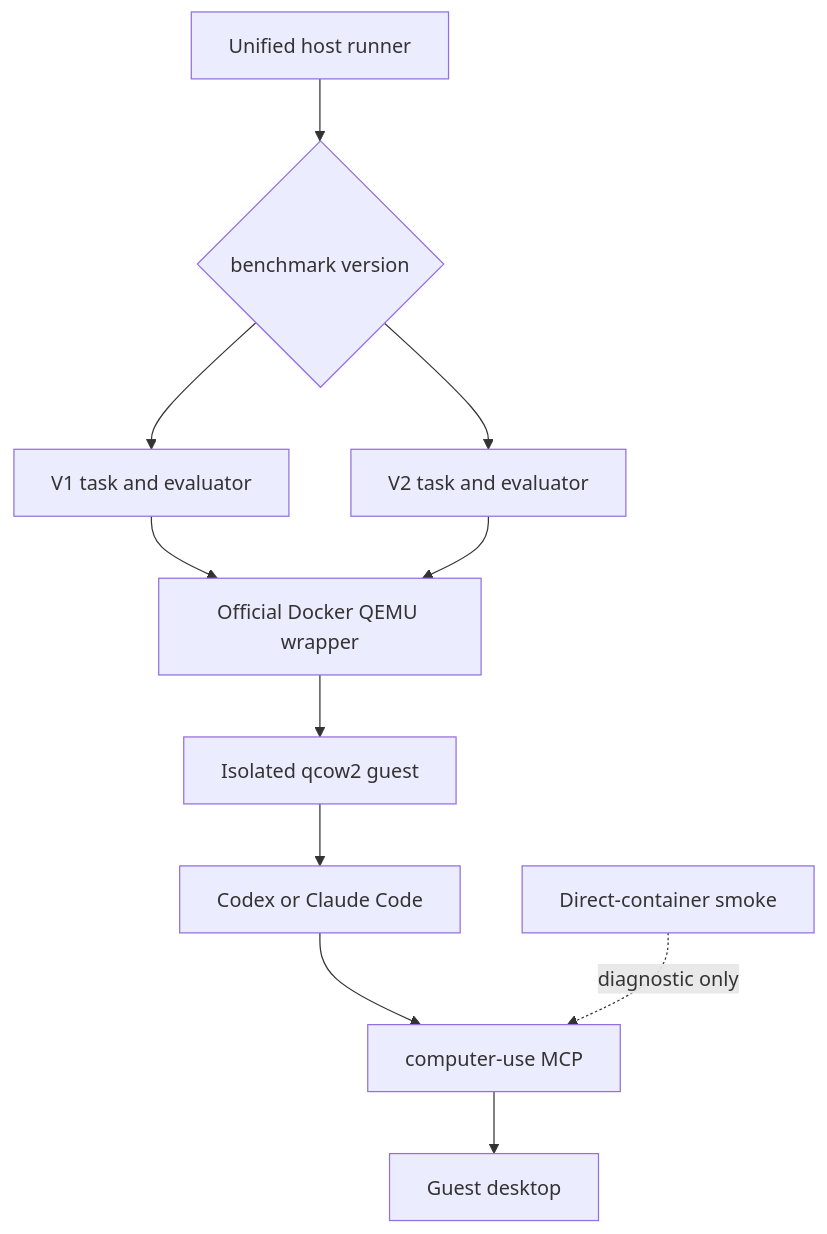
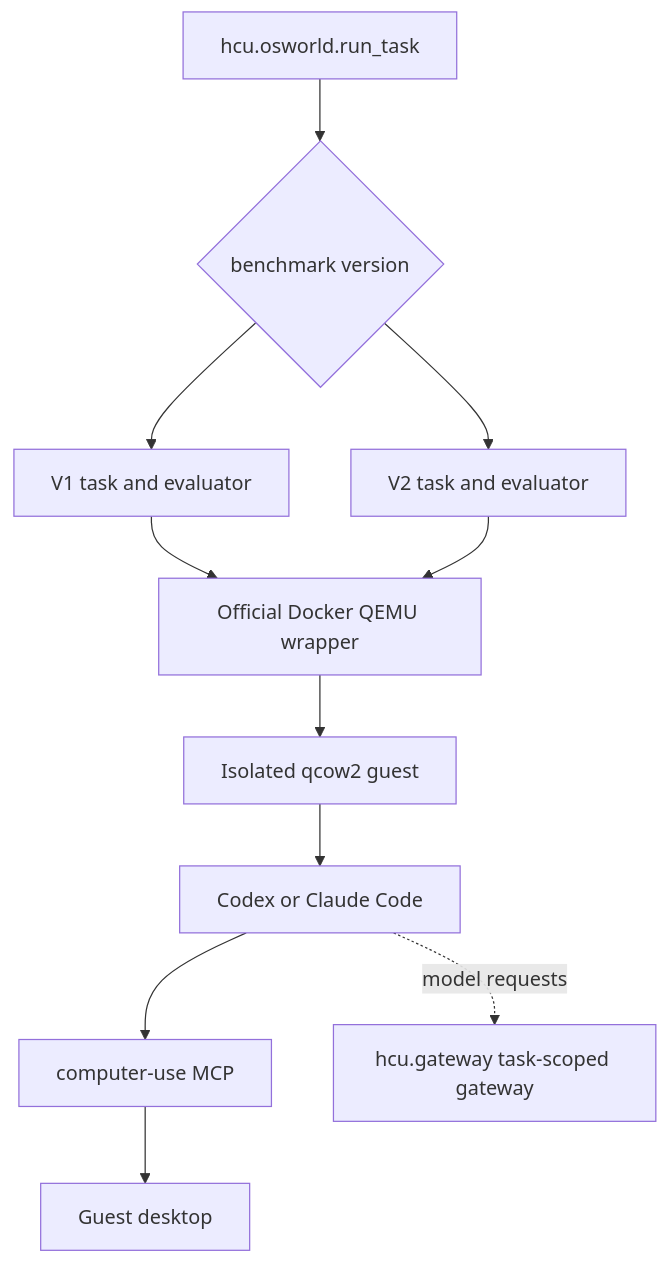
Before and after one commit to hqhq1025/hybrid-computer-use-oss: the first of 2 diagrams in docs/ARCHITECTURE.md, drawn with Mermaid. The commit also changed other lines of this file and 22 other files, not shown here.

````diff
--- a/docs/ARCHITECTURE.md
+++ b/docs/ARCHITECTURE.md
@@ -14,13 +13,13 @@
 ```mermaid
 flowchart TB
-    R[Unified host runner] --> B{benchmark version}
+    R[hcu.osworld.run_task] --> B{benchmark version}
     B --> V1[V1 task and evaluator]
     B --> V2[V2 task and evaluator]
     V1 --> O[Official Docker QEMU wrapper]
     V2 --> O
     O --> Q[Isolated qcow2 guest]
     Q --> A[Codex or Claude Code]
     A --> M[computer-use MCP]
     M --> D[Guest desktop]
-    S[Direct-container smoke] -. diagnostic only .-> M
+    A -.model requests.-> G[hcu.gateway task-scoped gateway]
 ```
````
